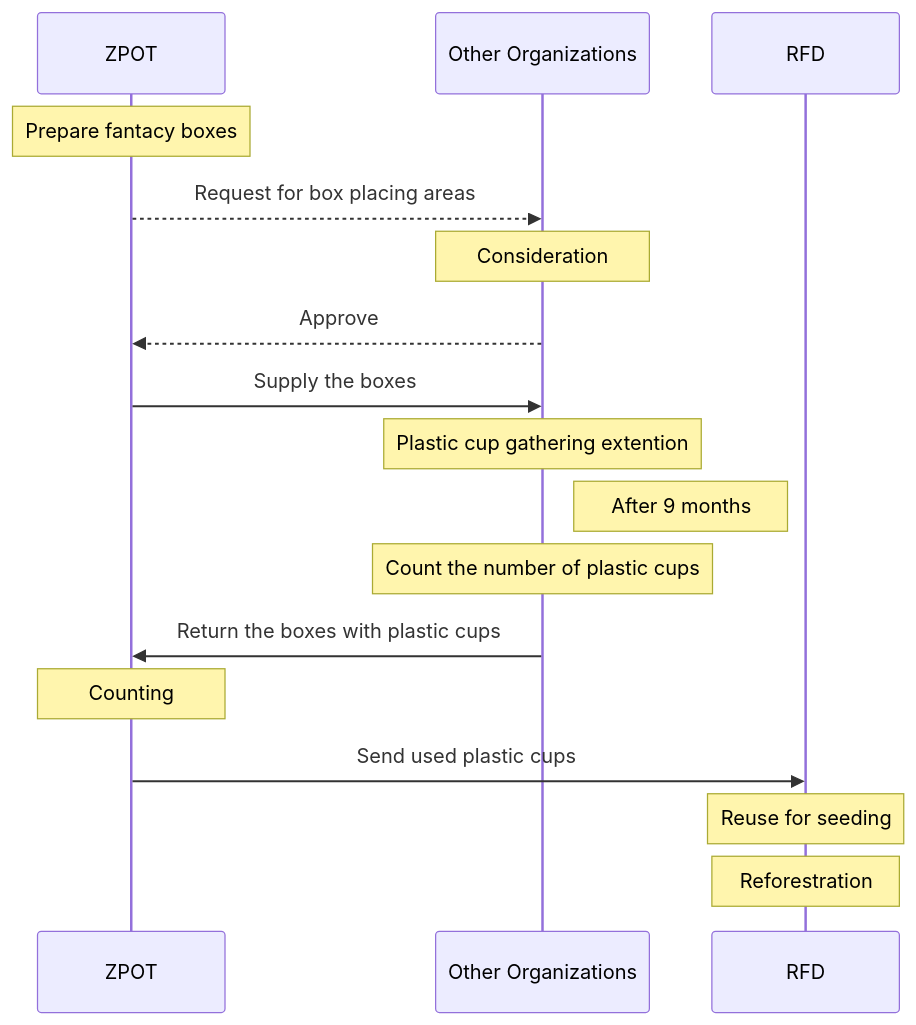
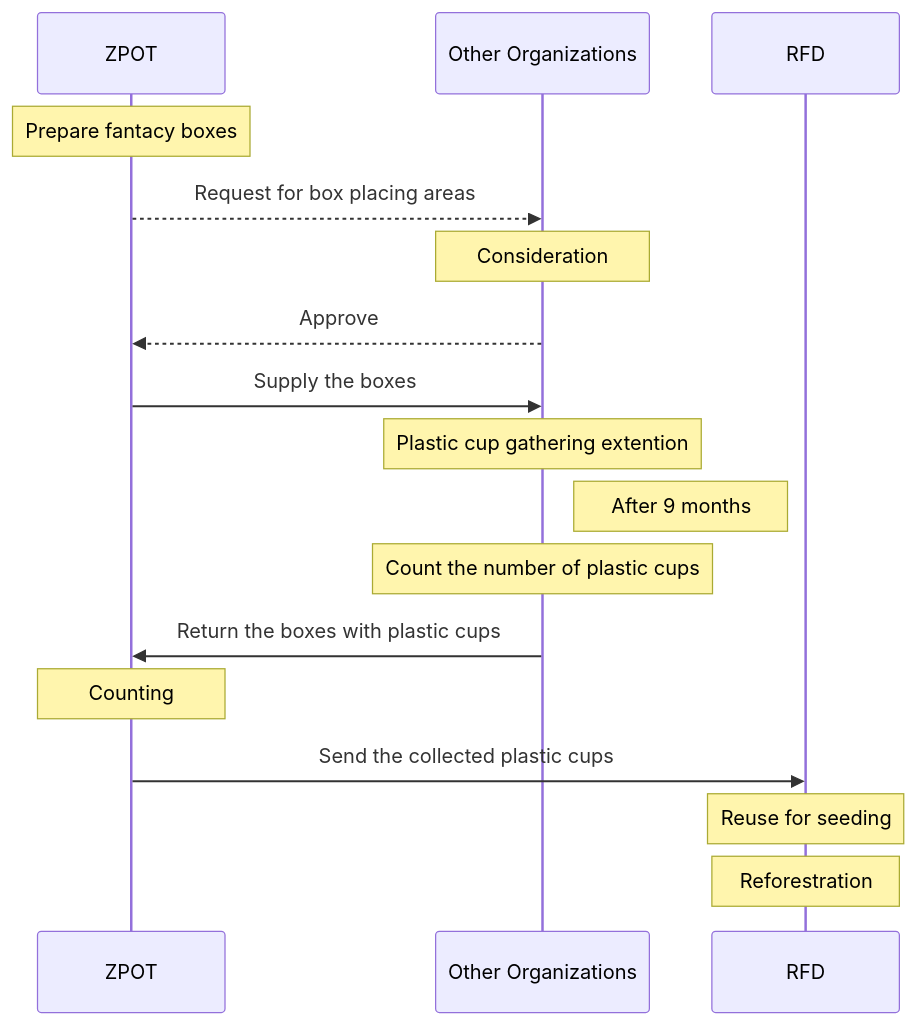
The first of 2 diagrams in README.md (Kietpawpan/carbon), drawn with Mermaid before and after one commit.

````diff
--- a/README.md
+++ b/README.md
@@ -9,16 +9,16 @@
 ```mermaid
 sequenceDiagram
     Note over ZPOT: Prepare fantacy boxes  
     ZPOT-->>Other Organizations: Request for box placing areas
     Note over Other Organizations: Consideration
     Other Organizations-->>ZPOT: Approve
     ZPOT->>Other Organizations: Supply the boxes
     Note over Other Organizations: Plastic cup gathering extention
     Note right of Other Organizations: After 9 months
     Note over Other Organizations: Count the number of plastic cups
     Other Organizations->>ZPOT: Return the boxes with plastic cups
     Note over ZPOT: Counting
-    ZPOT->>RFD: Send used plastic cups
+    ZPOT->>RFD: Send the collected plastic cups
     Note over RFD: Reuse for seeding
     Note over RFD: Reforestration
 ```
````
